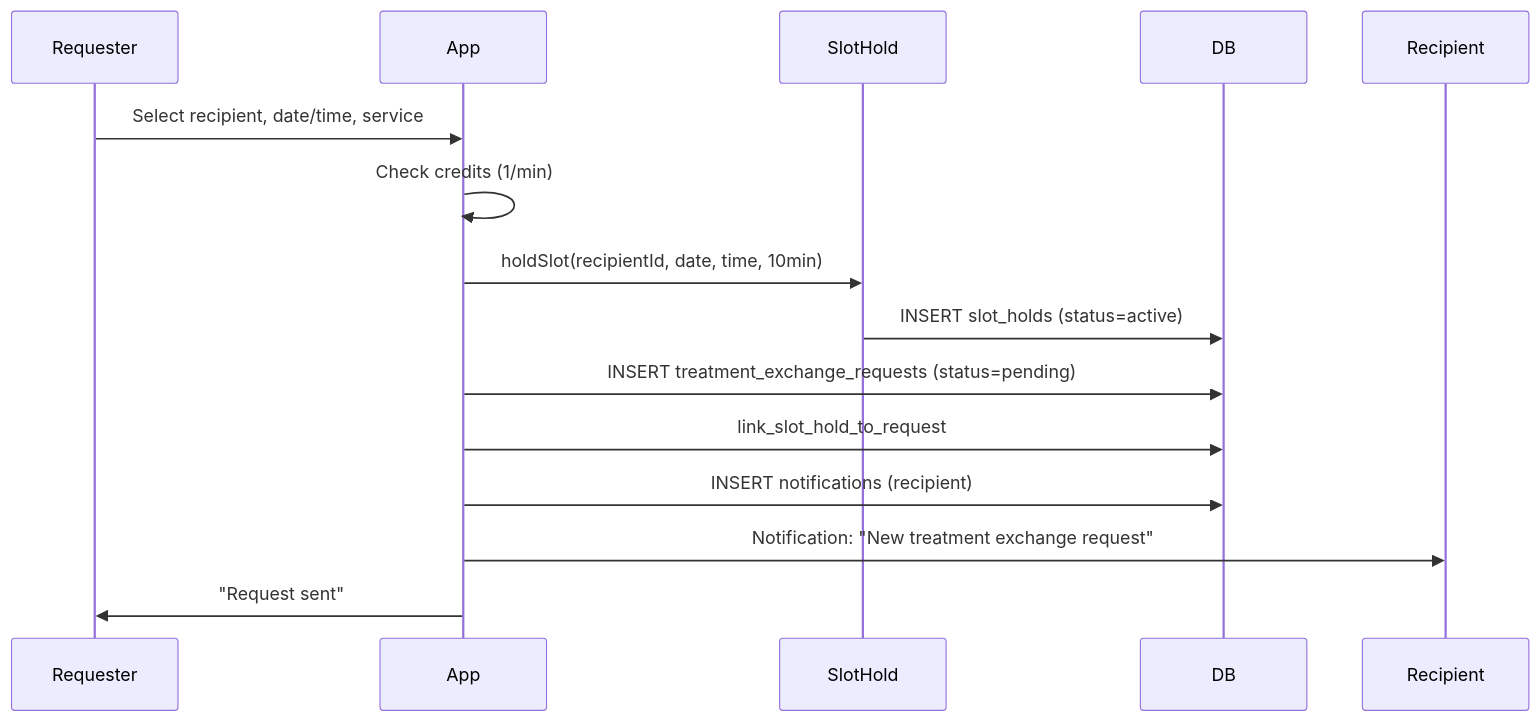
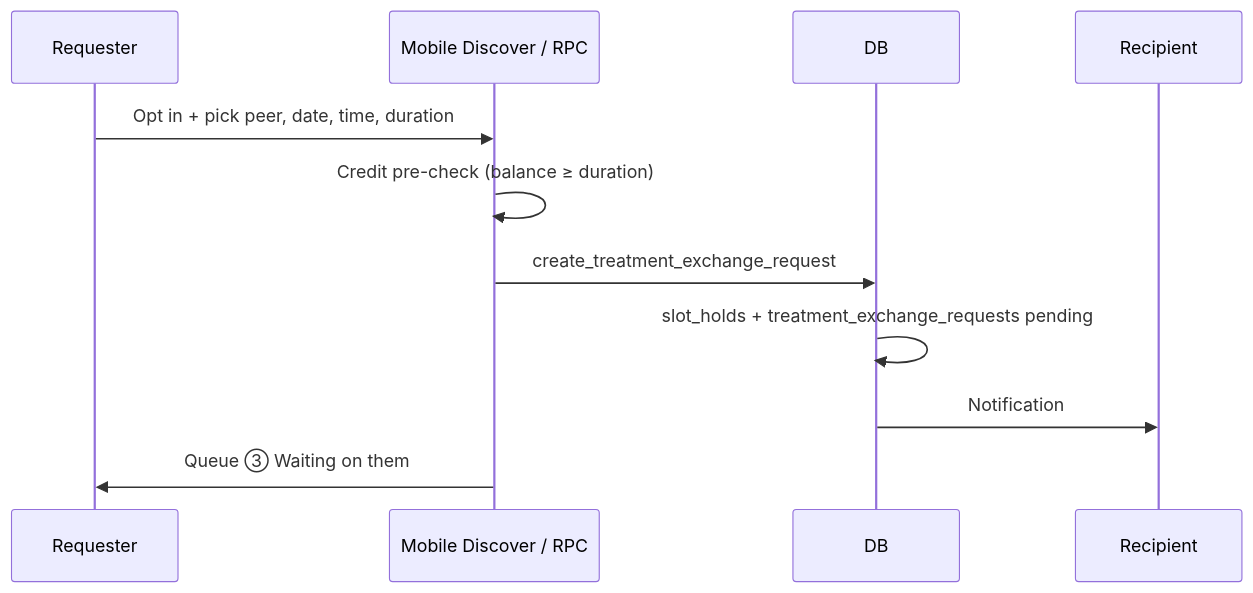
The third of 7 diagrams in docs/features/how-treatment-exchange-works.md (theramate1-bit/peer-care-connect-platform), drawn with Mermaid before and after one commit. The commit also changed other lines of this file and 20 other files, not shown here.

First line of the commit message:
Align mobile treatment exchange with two-leg prod flow and screen-readiness docs.

````diff
--- a/docs/features/how-treatment-exchange-works.md
+++ b/docs/features/how-treatment-exchange-works.md
@@ -36,18 +101,14 @@
 ```mermaid
 sequenceDiagram
-    participant Requester
-    participant App
-    participant SlotHold
-    participant DB
-    participant Recipient
+  participant Requester
+  participant App as Mobile Discover / RPC
+  participant DB
+  participant Recipient
 
-    Requester->>App: Select recipient, date/time, service
-    App->>App: Check credits (1/min)
-    App->>SlotHold: holdSlot(recipientId, date, time, 10min)
-    SlotHold->>DB: INSERT slot_holds (status=active)
-    App->>DB: INSERT treatment_exchange_requests (status=pending)
-    App->>DB: link_slot_hold_to_request
-    App->>DB: INSERT notifications (recipient)
-    App->>Recipient: Notification: "New treatment exchange request"
-    App->>Requester: "Request sent"
+  Requester->>App: Opt in + pick peer, date, time, duration
+  App->>App: Credit pre-check (balance ≥ duration)
+  App->>DB: create_treatment_exchange_request
+  DB->>DB: slot_holds + treatment_exchange_requests pending
+  DB->>Recipient: Notification
+  App->>Requester: Queue ③ Waiting on them
 ```
````
